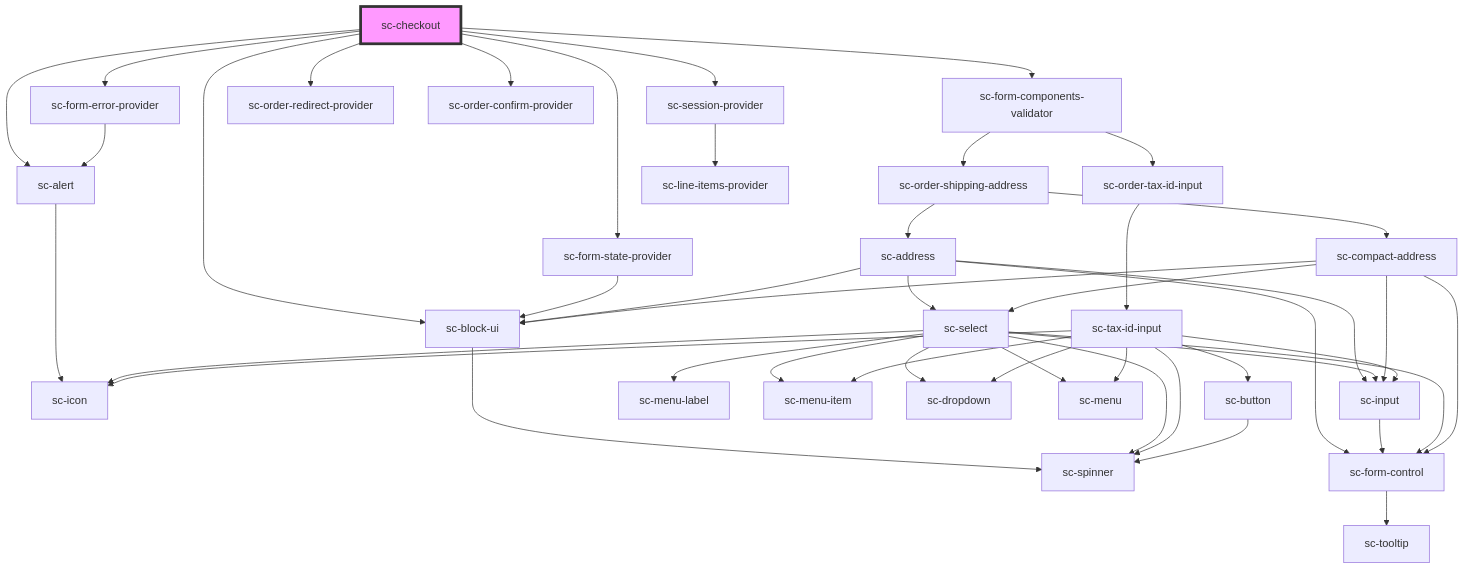
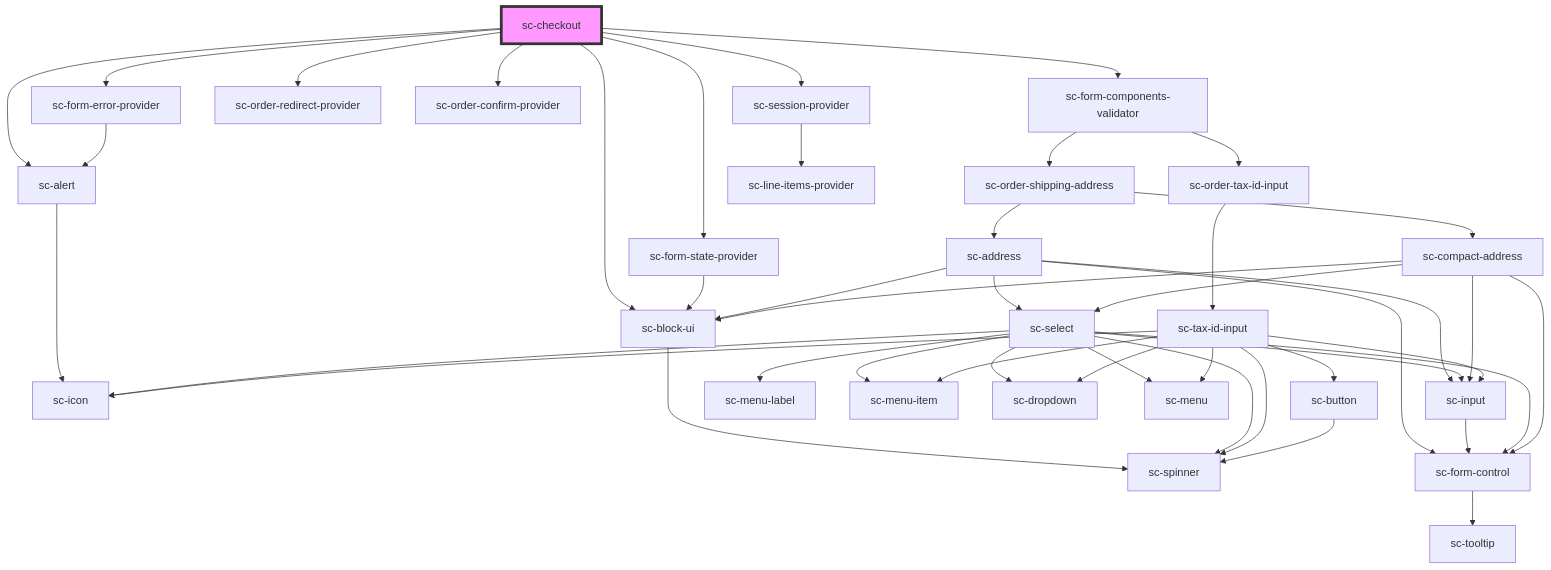
Before and after one commit to surecart/surecart-wp-plugin: the diagram in packages/components/src/components/controllers/checkout-form/checkout/readme.md, drawn with Mermaid. The commit also changed other lines of this file and 6 other files, not shown here.

````diff
--- a/packages/components/src/components/controllers/checkout-form/checkout/readme.md
+++ b/packages/components/src/components/controllers/checkout-form/checkout/readme.md
@@ -76,48 +76,48 @@
 ```mermaid
 graph TD;
   sc-checkout --> sc-alert
   sc-checkout --> sc-form-state-provider
   sc-checkout --> sc-form-error-provider
   sc-checkout --> sc-form-components-validator
-  sc-checkout --> sc-session-provider
   sc-checkout --> sc-order-redirect-provider
   sc-checkout --> sc-order-confirm-provider
+  sc-checkout --> sc-session-provider
   sc-checkout --> sc-block-ui
   sc-alert --> sc-icon
   sc-form-state-provider --> sc-block-ui
   sc-block-ui --> sc-spinner
   sc-form-error-provider --> sc-alert
   sc-form-components-validator --> sc-order-shipping-address
   sc-form-components-validator --> sc-order-tax-id-input
   sc-order-shipping-address --> sc-address
   sc-order-shipping-address --> sc-compact-address
   sc-address --> sc-form-control
   sc-address --> sc-input
   sc-address --> sc-select
   sc-address --> sc-block-ui
   sc-form-control --> sc-tooltip
   sc-input --> sc-form-control
   sc-select --> sc-icon
   sc-select --> sc-menu-label
   sc-select --> sc-menu-item
   sc-select --> sc-form-control
   sc-select --> sc-dropdown
   sc-select --> sc-input
   sc-select --> sc-spinner
   sc-select --> sc-menu
   sc-compact-address --> sc-form-control
   sc-compact-address --> sc-select
   sc-compact-address --> sc-input
   sc-compact-address --> sc-block-ui
   sc-order-tax-id-input --> sc-tax-id-input
   sc-tax-id-input --> sc-icon
   sc-tax-id-input --> sc-input
   sc-tax-id-input --> sc-spinner
   sc-tax-id-input --> sc-dropdown
   sc-tax-id-input --> sc-button
   sc-tax-id-input --> sc-menu
   sc-tax-id-input --> sc-menu-item
   sc-button --> sc-spinner
   sc-session-provider --> sc-line-items-provider
   style sc-checkout fill:#f9f,stroke:#333,stroke-width:4px
 ```
````
